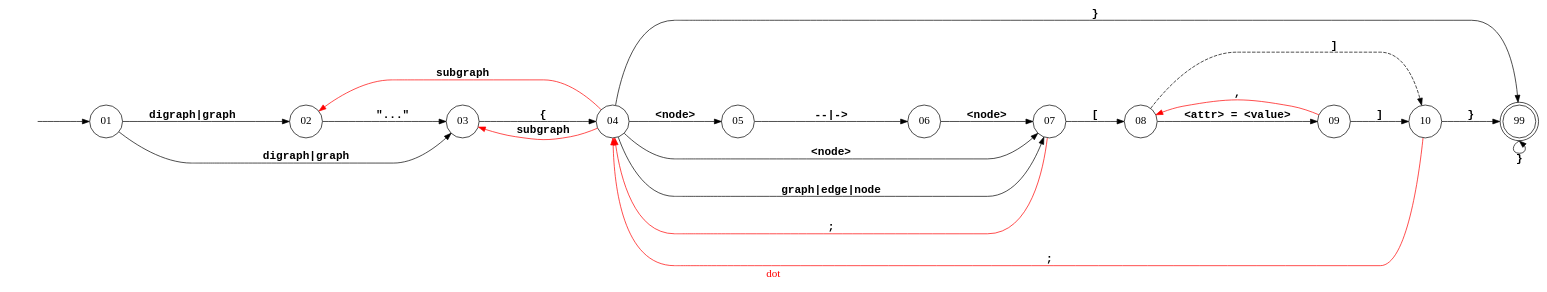
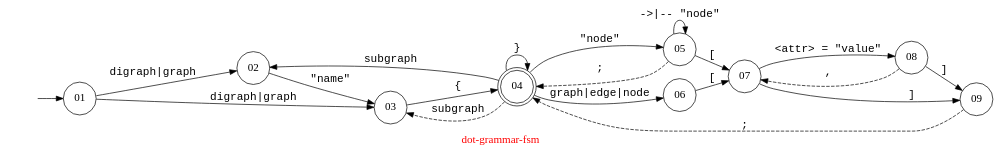
Before and after one commit to Ayyzee/dakota: the diagram in doc/dot.dot, drawn with Graphviz.

Commit message:
Major improvements.

```diff
--- a/doc/dot.dot
+++ b/doc/dot.dot
@@ -1,52 +1,52 @@
 // Copyright (C) 2007 - 2015 Robert Nielsen <robert@dakota.org>
 //
 // Licensed under the Apache License, Version 2.0 (the "License");
 // you may not use this file except in compliance with the License.
 // You may obtain a copy of the License at
 //
 //      http://www.apache.org/licenses/LICENSE-2.0
 //
 // Unless required by applicable law or agreed to in writing, software
 // distributed under the License is distributed on an "AS IS" BASIS,
 // WITHOUT WARRANTIES OR CONDITIONS OF ANY KIND, either express or implied.
 // See the License for the specific language governing permissions and
 // limitations under the License.
 
-digraph "dot"
+digraph "dot-grammar-fsm"
 {
   graph [ rankdir = "LR",
           center = true,
+          label = "\G",
+          fontcolor = red,
+          fontsize = 16,
           //size = "7.5,10", page = "8.5,11",
-          ];
-  graph [ label = "\G", fontcolor = red, fontsize = 16 ];
+        ];
   node [ shape = circle, width = 0.6, fontsize = 16 ];
   //node [ label = "", width = 0.3 ]; // comment out this line if you want the node names displayed
 
   // on OS X/darwin it wants Courier-Bold and Courier-Oblique
-  edge [ fontname = "Courier-Bold", minlen = 2, fontsize = 16, concentrate = true ];
+  edge [ fontname = "Courier", fontsize = 16 ];
+
   st [ label = "", style = invis ];
-  99 [ shape = doublecircle ];
-  
+  04 [ shape = doublecircle ];
+
   st -> 01;
-  01 -> 02 [ label = "digraph|graph", weight = 6 ];
+  01 -> 02 [ label = "digraph|graph", weight = 1 ];
   01 -> 03 [ label = "digraph|graph" ];
-  02 -> 03 [ label = "\"...\"", weight = 6 ];
-  03 -> 04 [ label = "{", weight = 6 ];
-  04 -> 02 [ label = "subgraph", color = red ];
-  04 -> 03 [ label = "subgraph", color = red ];
-  04 -> 05 [ label = "<node>", weight = 6 ];
-  04 -> 07 [ label = "<node>" ];
-  04 -> 07 [ label = "graph|edge|node" ];
-  04 -> 99 [ label = "}" ];
-  05 -> 06 [ label = "--|->", weight = 6 ];
-  06 -> 07 [ label = "<node>", weight = 6 ];
-  07 -> 04 [ label = ";", color = red ];
-  07 -> 08 [ label = "[", weight = 6 ];
-  08 -> 09 [ label = "<attr> = <value>", weight = 6 ];
-  08 -> 10 [ label = "]", style = dashed ];
-  09 -> 08 [ label = ",", color = red ];
-  09 -> 10 [ label = "]", weight = 6 ];
-  10 -> 04 [ label = ";", color = red ];
-  10 -> 99 [ label = "}", weight = 6 ];
-  99 -> 99 [ label = "}", tailport = s, headport = s ];
+  02 -> 03 [ label = "\"name\"", weight = 1 ];
+  03 -> 04 [ label = "{", weight = 1 ];
+  04 -> 02 [ label = "subgraph" ];
+  04 -> 03 [ label = "subgraph", style = dashed ];
+  04 -> 04 [ label = "}" ];
+  04 -> 05 [ label = "\"node\"", weight = 1 ];
+  04 -> 06 [ label = "graph|edge|node" ];
+  05 -> 04 [ label = ";", style = dashed ];
+  05 -> 05 [ label = "->|-- \"node\"" ];
+  05 -> 07 [ label = "[" ];
+  06 -> 07 [ label = "[" ];
+  07 -> 08 [ label = "<attr> = \"value\"", weight = 1 ];
+  07 -> 09 [ label = "]" ];
+  08 -> 07 [ label = ",", style = dashed ];
+  08 -> 09 [ label = "]", weight = 1 ];
+  09 -> 04 [ label = ";", style = dashed ];
 }
```
